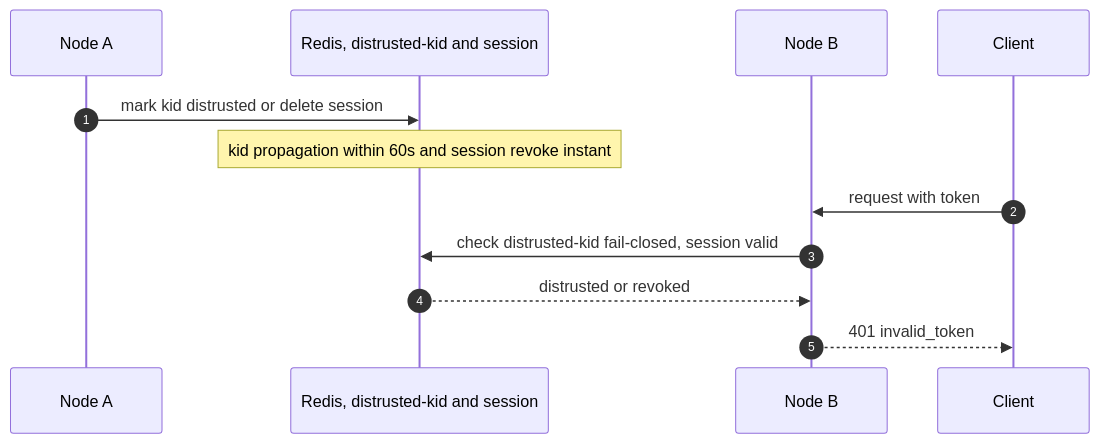
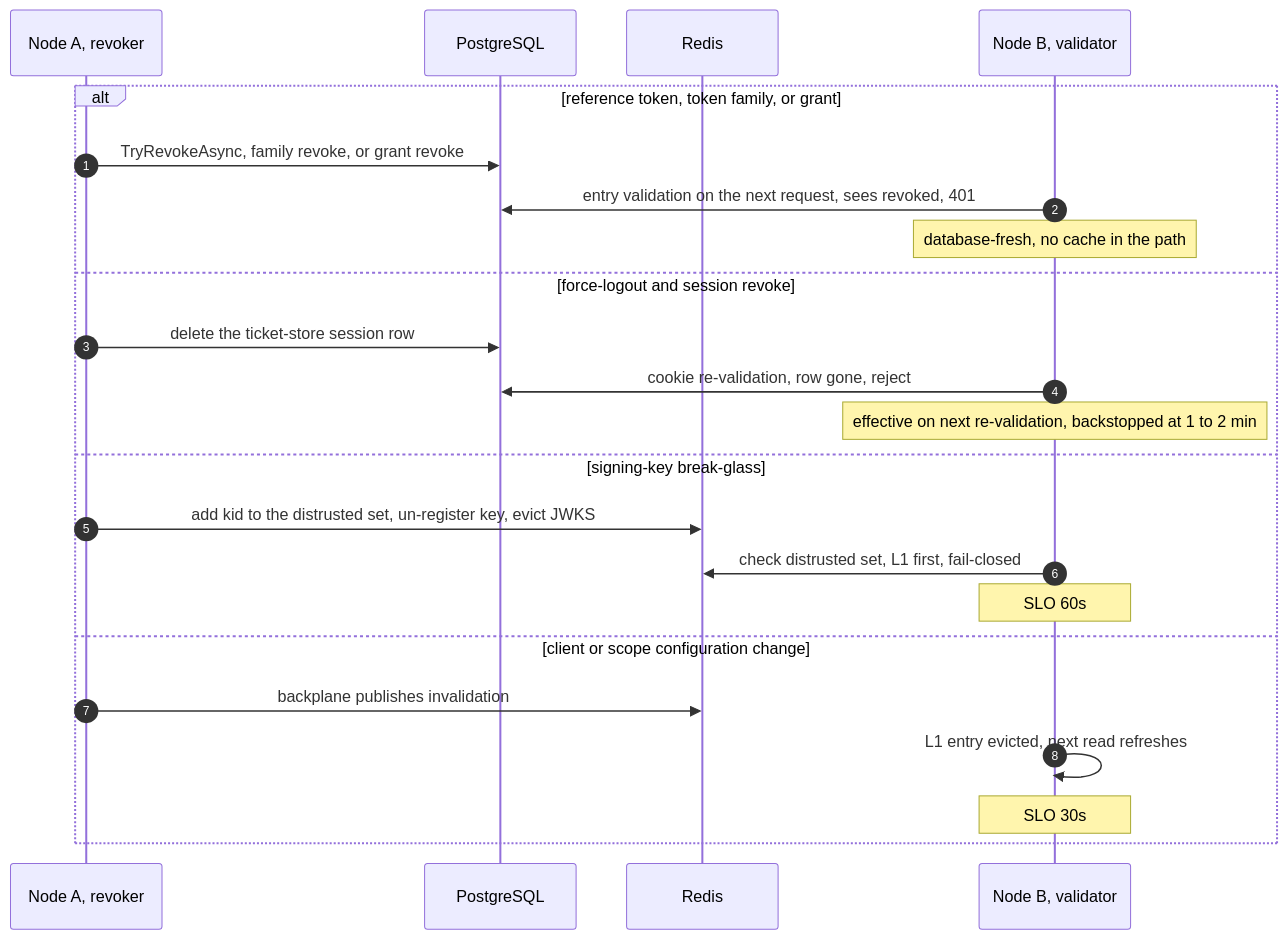
One commit to namphuongtran/nami changed the fourth of 16 diagrams in docs/architecture/06-runtime-views.md. Above: the diagram before and after it, drawn with Mermaid. The commit also changed other lines of this file and 2 other files, not shown here.

````diff
--- a/docs/architecture/06-runtime-views.md
+++ b/docs/architecture/06-runtime-views.md
@@ -95,14 +185,25 @@
 ```mermaid
 sequenceDiagram
   autonumber
-  participant OpA as Node A
-  participant R as Redis, distrusted-kid and session
-  participant OpB as Node B
-  participant C as Client
-  OpA->>R: mark kid distrusted or delete session
-  Note over R: kid propagation within 60s and session revoke instant
-  C->>OpB: request with token
-  OpB->>R: check distrusted-kid fail-closed, session valid
-  R-->>OpB: distrusted or revoked
-  OpB-->>C: 401 invalid_token
+  participant A as Node A, revoker
+  participant DB as PostgreSQL
+  participant R as Redis
+  participant B as Node B, validator
+  alt reference token, token family, or grant
+    A->>DB: TryRevokeAsync, family revoke, or grant revoke
+    B->>DB: entry validation on the next request, sees revoked, 401
+    Note over B: database-fresh, no cache in the path
+  else force-logout and session revoke
+    A->>DB: delete the ticket-store session row
+    B->>DB: cookie re-validation, row gone, reject
+    Note over B: effective on next re-validation, backstopped at 1 to 2 min
+  else signing-key break-glass
+    A->>R: add kid to the distrusted set, un-register key, evict JWKS
+    B->>R: check distrusted set, L1 first, fail-closed
+    Note over B: SLO 60s
+  else client or scope configuration change
+    A->>R: backplane publishes invalidation
+    B->>B: L1 entry evicted, next read refreshes
+    Note over B: SLO 30s
+  end
 ```
````
